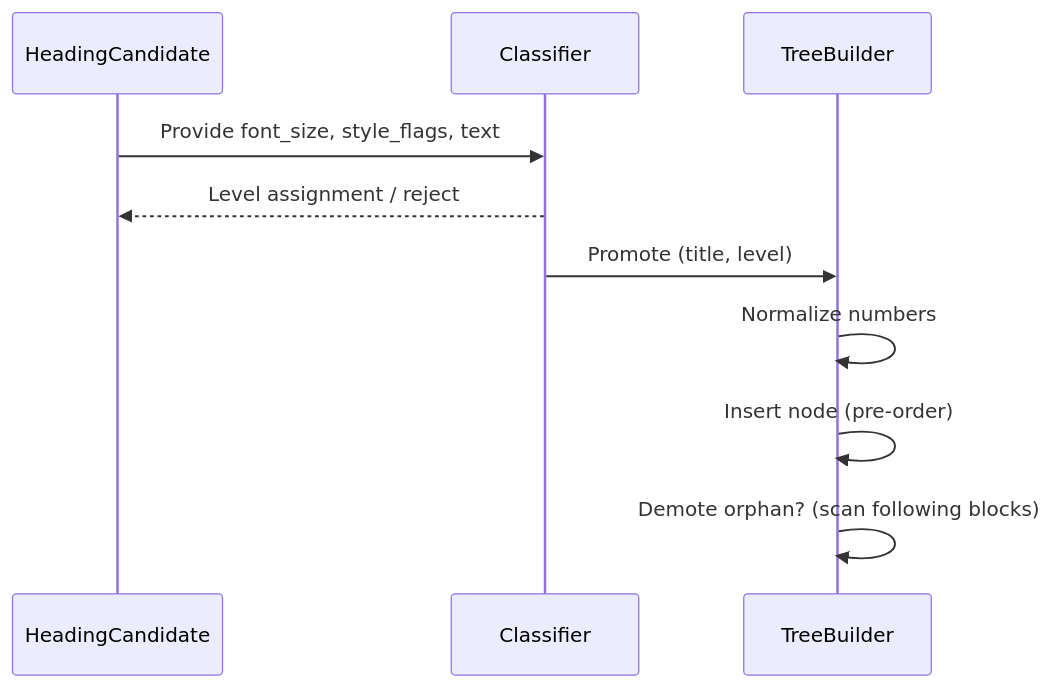
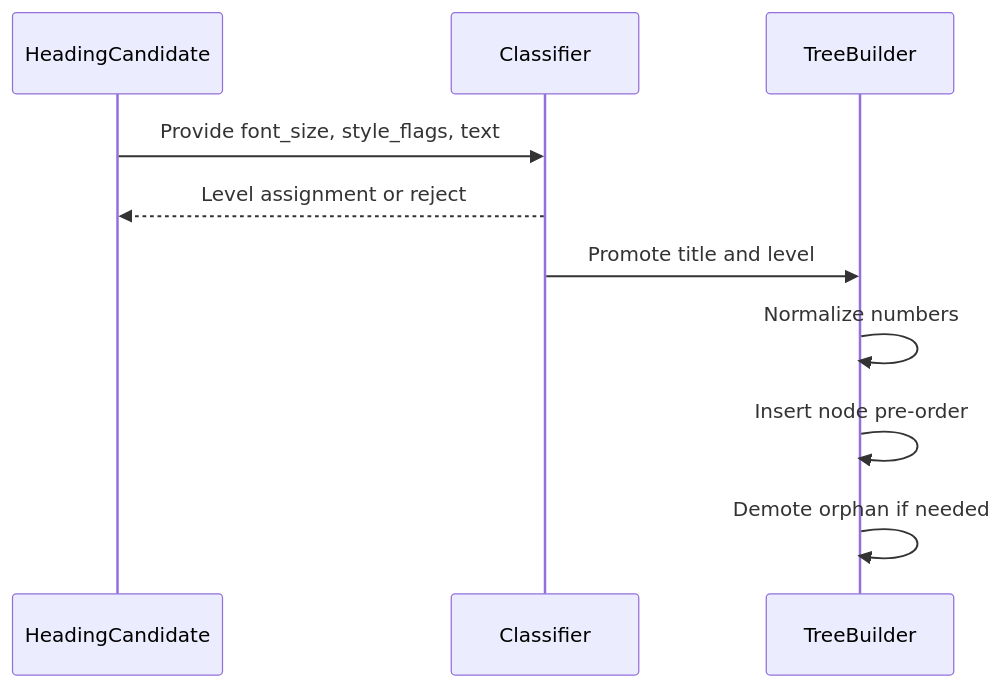
The third of 5 diagrams in doc/design.md (FBakkensen/bc-automated-tests-doc), drawn with Mermaid before and after one commit. The commit also changed other lines of this file and 4 other files, not shown here.

````diff
--- a/doc/design.md
+++ b/doc/design.md
@@ -211,12 +211,12 @@
 ```mermaid
 sequenceDiagram
   participant H as HeadingCandidate
   participant C as Classifier
   participant T as TreeBuilder
   H->>C: Provide font_size, style_flags, text
-  C-->>H: Level assignment / reject
-  C->>T: Promote (title, level)
+  C-->>H: Level assignment or reject
+  C->>T: Promote title and level
   T->>T: Normalize numbers
-  T->>T: Insert node (pre-order)
-  T->>T: Demote orphan? (scan following blocks)
+  T->>T: Insert node pre-order
+  T->>T: Demote orphan if needed
 ```
````
